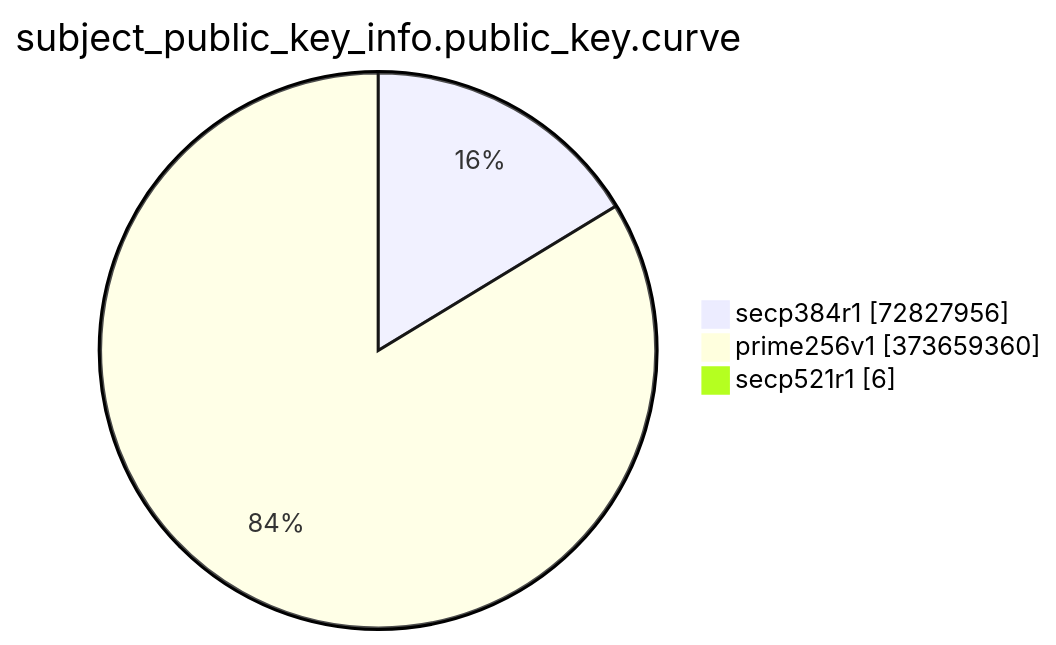
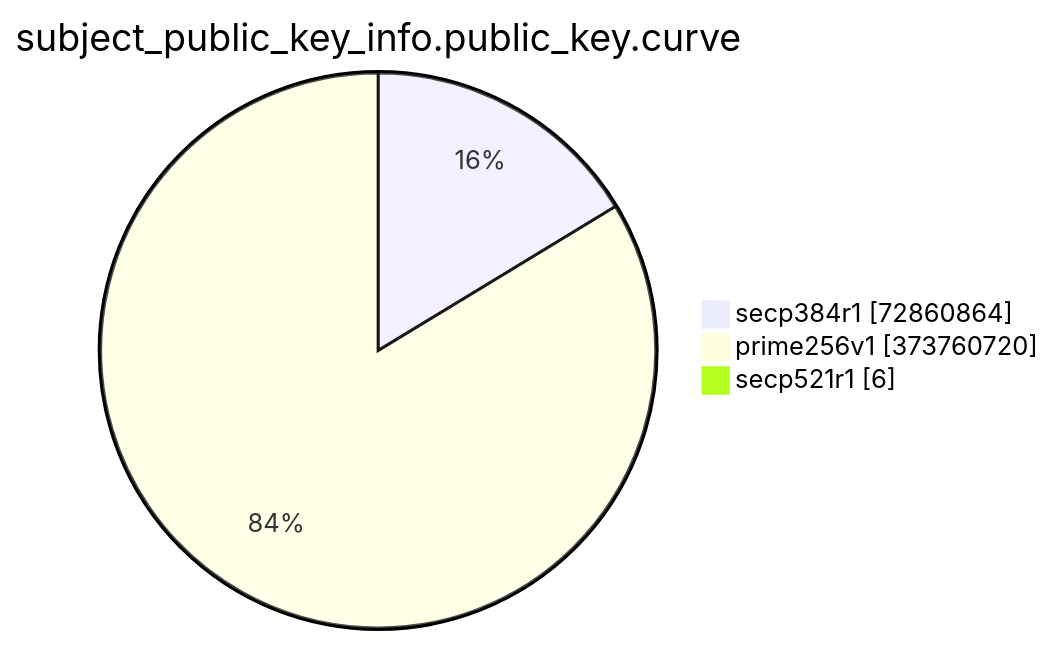
One commit to christiankrug/ctmonitor_visualization changed the eighth of 15 diagrams in TOTAL/README.md. Above: the diagram before and after it, drawn with Mermaid. The commit also changed other lines of this file, not shown here.

````diff
--- a/TOTAL/README.md
+++ b/TOTAL/README.md
@@ -3092,7 +3092,7 @@
 ```mermaid
 pie showData
 title subject_public_key_info.public_key.curve
-"secp384r1" :72827956
-"prime256v1" :373659360
+"secp384r1" :72860864
+"prime256v1" :373760720
 "secp521r1" :6
 ```
````
